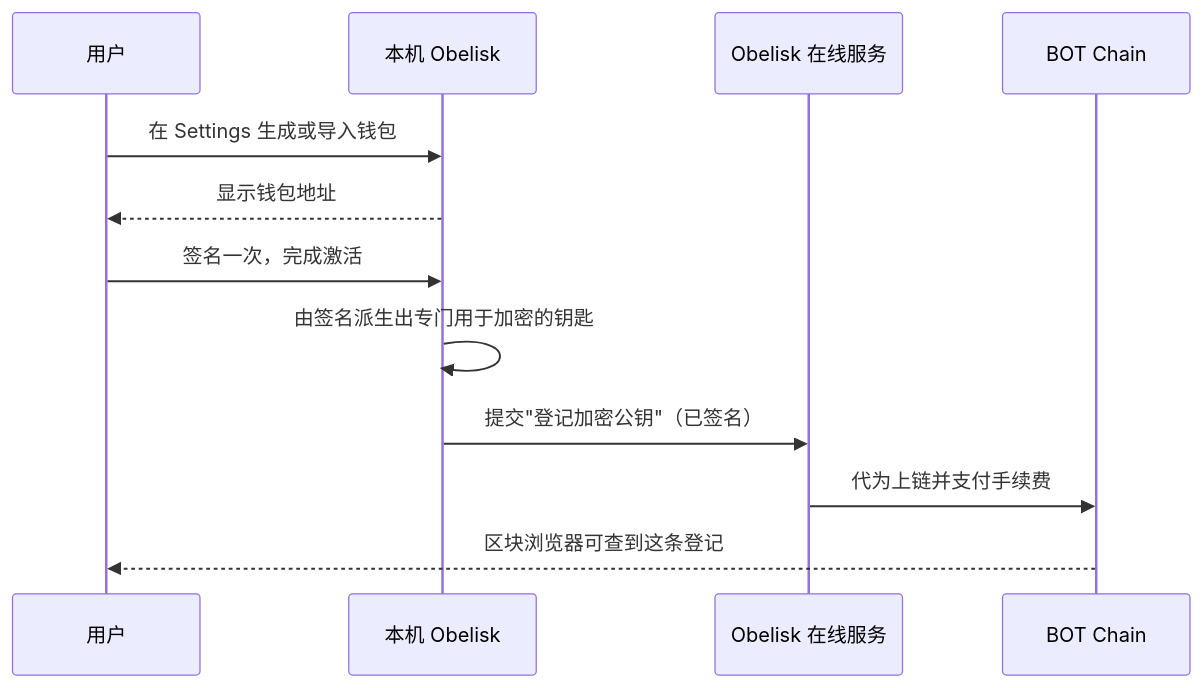
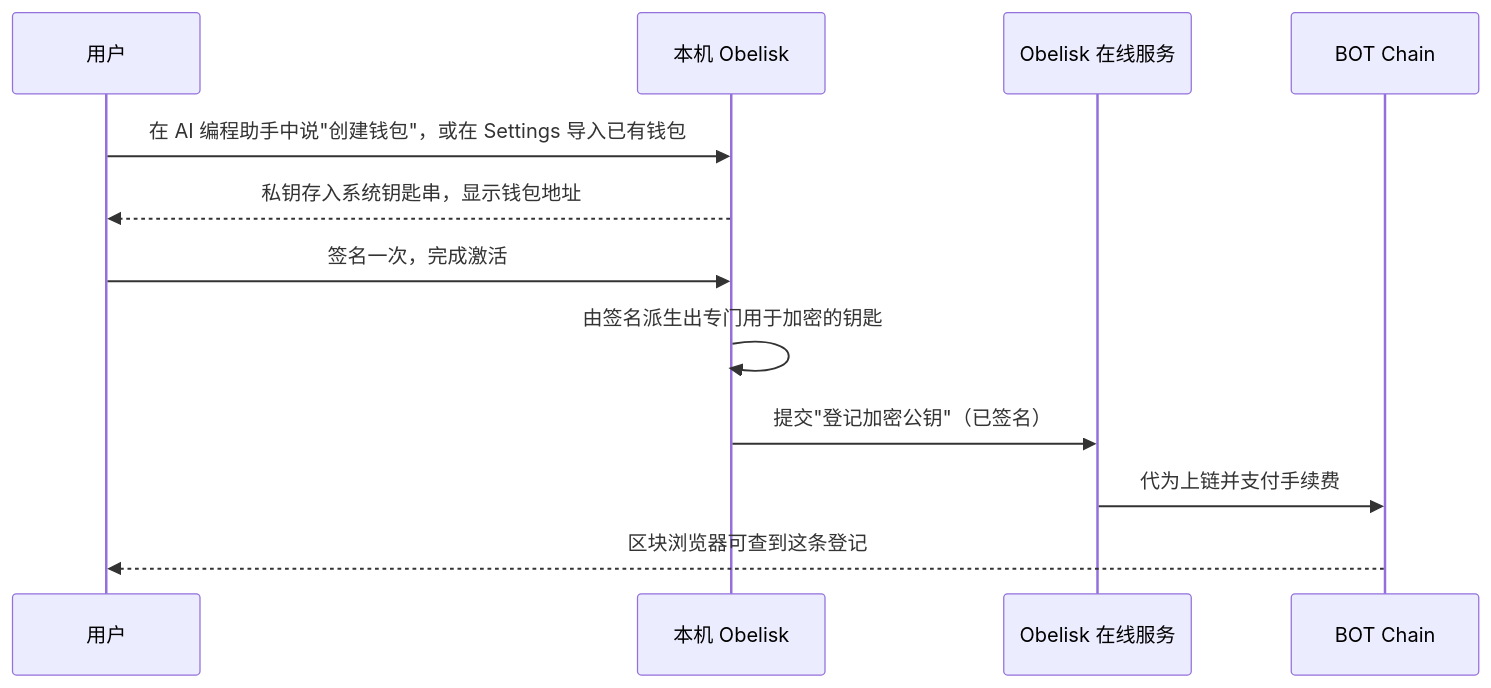
The diagram in docs/vision/01-identity-and-chain.md (KinomotoMio/obelisk-hackathon), drawn with Mermaid before and after one commit. The commit also changed other lines of this file and 13 other files, not shown here.

````diff
--- a/docs/vision/01-identity-and-chain.md
+++ b/docs/vision/01-identity-and-chain.md
@@ -37,14 +38,14 @@
 ```mermaid
 sequenceDiagram
   participant U as 用户
   participant L as 本机 Obelisk
   participant S as Obelisk 在线服务
   participant C as BOT Chain
-  U->>L: 在 Settings 生成或导入钱包
-  L-->>U: 显示钱包地址
+  U->>L: 在 AI 编程助手中说"创建钱包"，或在 Settings 导入已有钱包
+  L-->>U: 私钥存入系统钥匙串，显示钱包地址
   U->>L: 签名一次，完成激活
   L->>L: 由签名派生出专门用于加密的钥匙
   L->>S: 提交"登记加密公钥"（已签名）
   S->>C: 代为上链并支付手续费
   C-->>U: 区块浏览器可查到这条登记
 ```
````
